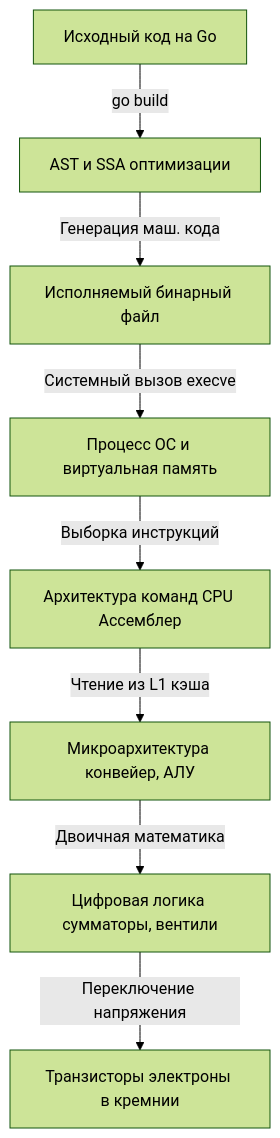
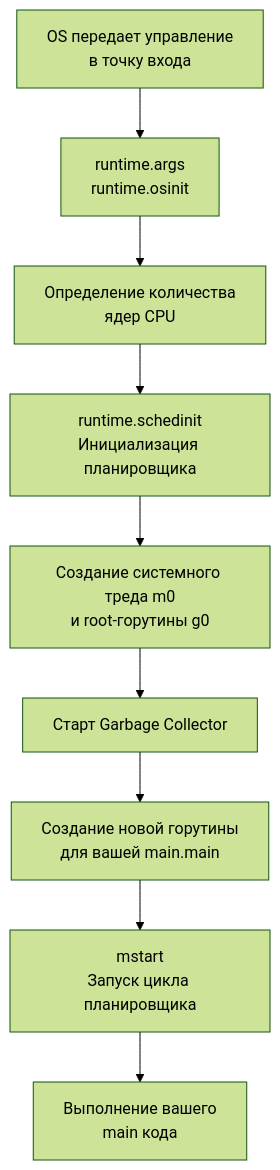
One commit to UnrealTemplier/go-vault changed the diagram in 1. Архитектура компьютера/1. Обзор. Путь программы от go run main.go до движения электронов.md. Above: the diagram before and after it, drawn with Mermaid (forest theme). The commit also changed other lines of this file and 56 other files, not shown here.

````diff
--- a/1. Архитектура компьютера/1. Обзор. Путь программы от go run main.go до движения электронов.md
+++ b/1. Архитектура компьютера/1. Обзор. Путь программы от go run main.go до движения электронов.md
@@ -106,10 +51,11 @@
 ```mermaid
 flowchart TD
-    A["Исходный код на Go"] -->|go build| B["AST и SSA оптимизации"]
-    B -->|Генерация маш. кода| C["Исполняемый бинарный файл"]
-    C -->|Системный вызов execve| D["Процесс ОС и виртуальная память"]
-    D -->|Выборка инструкций| E["Архитектура команд CPU Ассемблер"]
-    E -->|Чтение из L1 кэша| F["Микроархитектура конвейер, АЛУ"]
-    F -->|Двоичная математика| G["Цифровая логика сумматоры, вентили"]
-    G -->|Переключение напряжения| H["Транзисторы электроны в кремнии"]
+    A["OS передает управление<br>в точку входа"] --> B["runtime.args<br>runtime.osinit"]
+    B --> C["Определение количества<br>ядер CPU"]
+    C --> D["runtime.schedinit<br>Инициализация планировщика"]
+    D --> E["Создание системного треда m0<br>и root-горутины g0"]
+    E --> F["Старт Garbage Collector"]
+    F --> G["Создание новой горутины<br>для вашей main.main"]
+    G --> H["mstart<br>Запуск цикла планировщика"]
+    H --> I["Выполнение вашего<br>main кода"]
 ```
````
